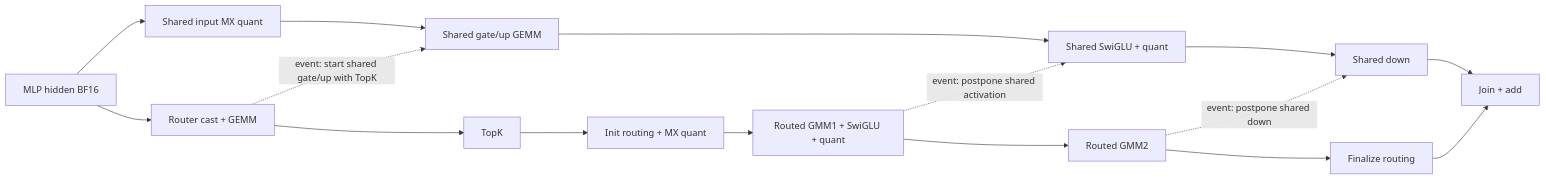
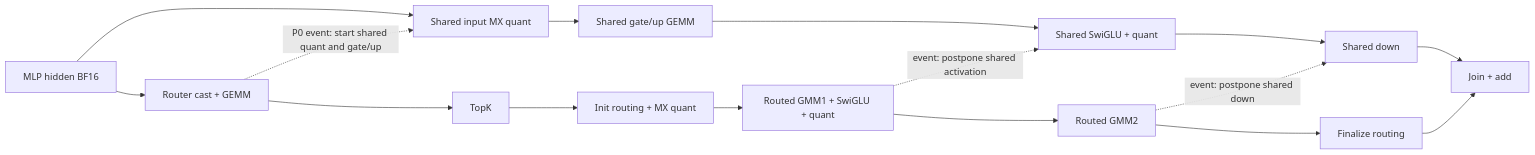
One commit to hbamboo/sglang changed the diagram in benchmark/ascend/glm_shared_overlap/TUNING_ROUND2.md. Above: the diagram before and after it, drawn with Mermaid. The commit also changed other lines of this file and 6 other files, not shown here.

````diff
--- a/benchmark/ascend/glm_shared_overlap/TUNING_ROUND2.md
+++ b/benchmark/ascend/glm_shared_overlap/TUNING_ROUND2.md
@@ -7,18 +7,18 @@
 ```mermaid
 flowchart LR
     H[MLP hidden BF16] --> R[Router cast + GEMM]
     H --> Q[Shared input MX quant]
     Q --> U[Shared gate/up GEMM]
     R --> T[TopK]
     T --> I[Init routing + MX quant]
     I --> G1[Routed GMM1 + SwiGLU + quant]
     G1 --> G2[Routed GMM2]
     G2 --> F[Finalize routing]
     U --> A[Shared SwiGLU + quant]
     A --> D[Shared down]
     D --> J[Join + add]
     F --> J
     G1 -. event: postpone shared activation .-> A
     G2 -. event: postpone shared down .-> D
-    R -. event: start shared gate/up with TopK .-> U
+    R -. P0 event: start shared quant and gate/up .-> Q
 ```
````
